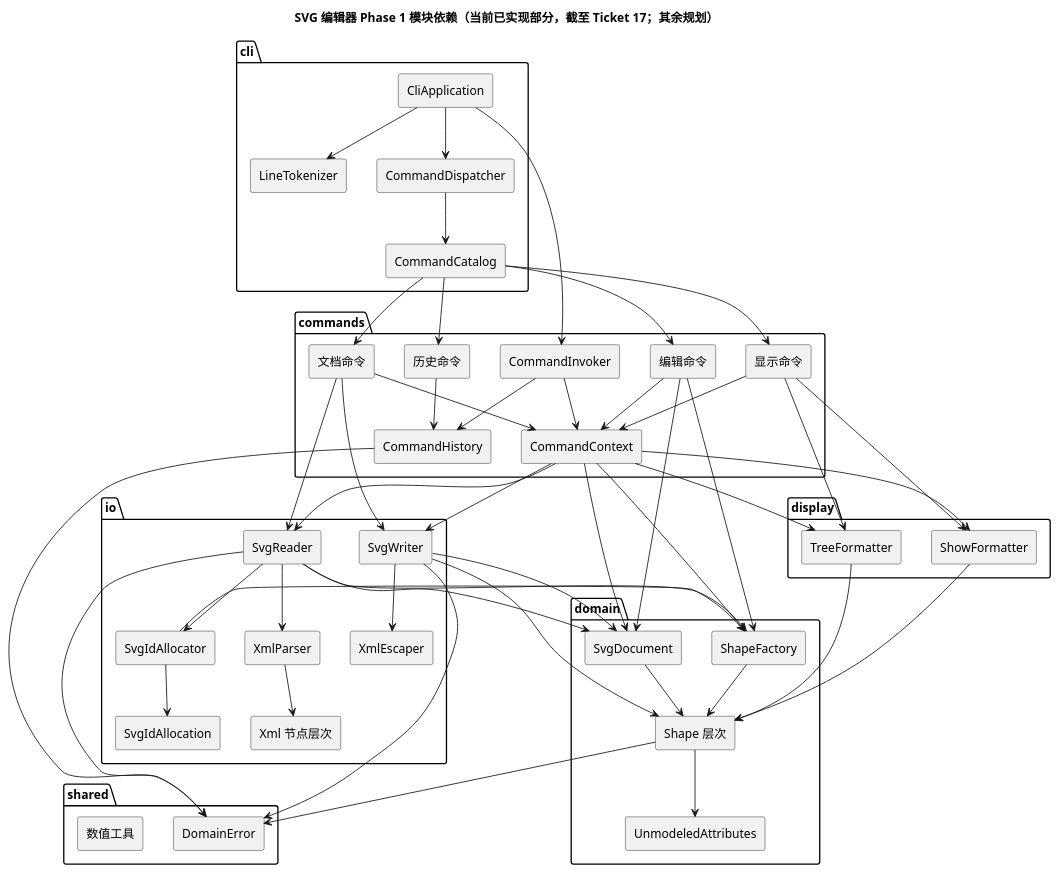
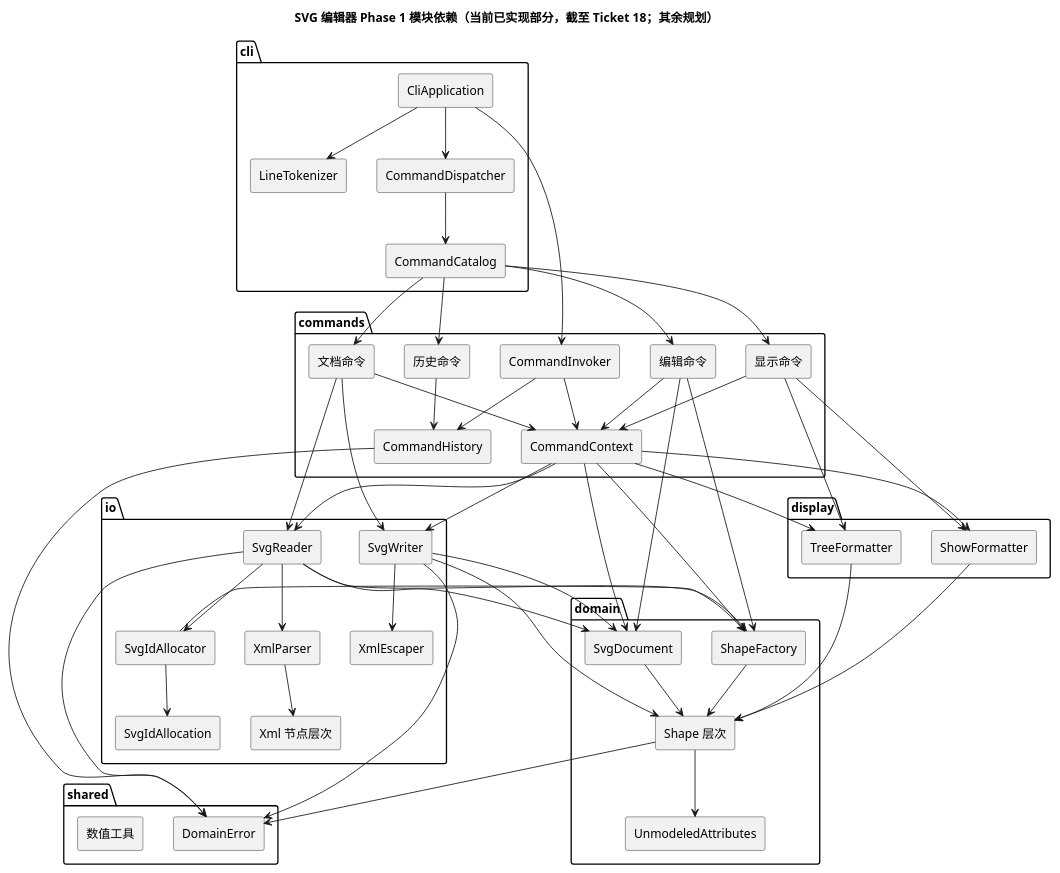
One commit to NQC233/svg-editor-lab1 changed the diagram in doc/README.md. Above: the diagram before and after it, drawn with PlantUML. The commit also changed 1 other file, not shown here.

Commit message:
docs: align ticket 18 architecture notes

````diff
--- a/doc/README.md
+++ b/doc/README.md
@@ -56,7 +56,7 @@
 ```plantuml
 @startuml
 skinparam componentStyle rectangle
-title SVG 编辑器 Phase 1 模块依赖（当前已实现部分，截至 Ticket 17；其余规划）
+title SVG 编辑器 Phase 1 模块依赖（当前已实现部分，截至 Ticket 18；其余规划）
 
 package "cli" {
   [CliApplication]
````
